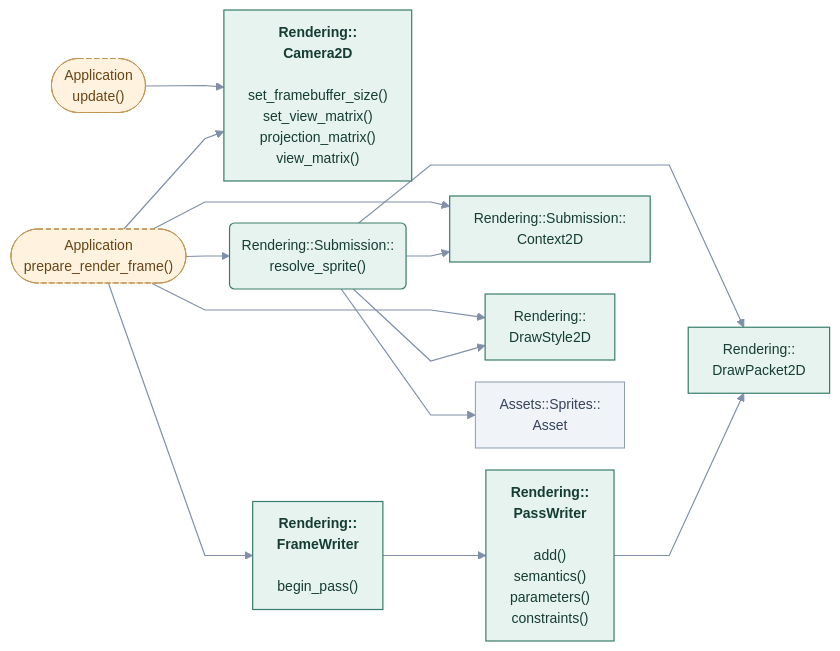
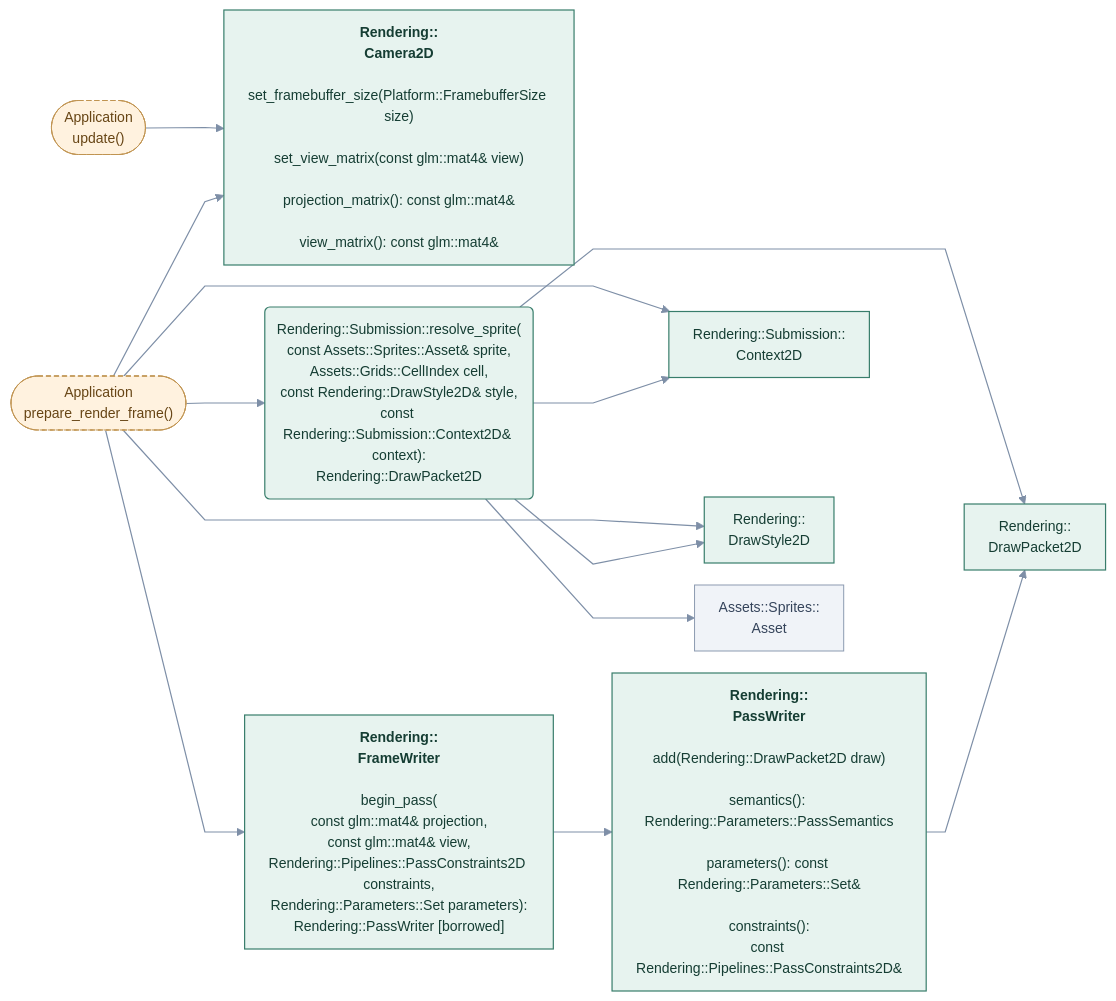
Before and after one commit to cppcooper/cheryl-engine: the diagram in docs/site/engine-systems/diagrams/rendering-application.mmd, drawn with Mermaid. The commit also changed 22 other files, not shown here.

First line of the commit message:
Adds argument and result types to application diagrams

```diff
--- a/docs/site/engine-systems/diagrams/rendering-application.mmd
+++ b/docs/site/engine-systems/diagrams/rendering-application.mmd
@@ -1,43 +1,43 @@
 ---
 config:
   theme: base
   themeVariables:
     fontFamily: system-ui, sans-serif
     fontSize: 14px
   flowchart:
     htmlLabels: true
     curve: linear
     nodeSpacing: 22
     rankSpacing: 38
     padding: 12
 ---
 flowchart LR
     accTitle: Rendering · application frame preparation
     accDescr: Arrows point toward the API or type used, not call order or data flow. Methods beneath type names are selected application entry points; Implement hooks marks engine-invoked overrides. Dashed arrows mark optional choices.
     k0(["Application<br/>update()"]):::app
-    k1["<b>Rendering::<br/>Camera2D</b><br/><br/>set_framebuffer_size()<br/>set_view_matrix()<br/>projection_matrix()<br/>view_matrix()"]:::focal
+    k1["<b>Rendering::<br/>Camera2D</b><br/><br/>set_framebuffer_size(Platform::FramebufferSize size)<br/><br/>set_view_matrix(const glm::mat4&amp; view)<br/><br/>projection_matrix(): const glm::mat4&amp;<br/><br/>view_matrix(): const glm::mat4&amp;"]:::focal
     k2(["Application<br/>prepare_render_frame()"]):::app
-    k3["<b>Rendering::<br/>FrameWriter</b><br/><br/>begin_pass()"]:::focal
-    k4["<b>Rendering::<br/>PassWriter</b><br/><br/>add()<br/>semantics()<br/>parameters()<br/>constraints()"]:::focal
+    k3["<b>Rendering::<br/>FrameWriter</b><br/><br/>begin_pass(<br/>const glm::mat4&amp; projection,<br/>const glm::mat4&amp; view,<br/>Rendering::Pipelines::PassConstraints2D constraints,<br/>Rendering::Parameters::Set parameters):<br/>Rendering::PassWriter [borrowed]"]:::focal
+    k4["<b>Rendering::<br/>PassWriter</b><br/><br/>add(Rendering::DrawPacket2D draw)<br/><br/>semantics(): Rendering::Parameters::PassSemantics<br/><br/>parameters(): const Rendering::Parameters::Set&amp;<br/><br/>constraints():<br/>const Rendering::Pipelines::PassConstraints2D&amp;"]:::focal
     k5["Rendering::Submission::<br/>Context2D"]:::focal
     k6["Rendering::<br/>DrawStyle2D"]:::focal
-    k7("Rendering::Submission::<br/>resolve_sprite()"):::focal
+    k7("Rendering::Submission::resolve_sprite(<br/>const Assets::Sprites::Asset&amp; sprite,<br/>Assets::Grids::CellIndex cell,<br/>const Rendering::DrawStyle2D&amp; style,<br/>const Rendering::Submission::Context2D&amp; context):<br/>Rendering::DrawPacket2D"):::focal
     k8["Assets::Sprites::<br/>Asset"]:::neighbor
     k9["Rendering::<br/>DrawPacket2D"]:::focal
     k0 --> k1
     k2 --> k1
     k2 --> k3
     k3 --> k4
     k2 --> k5
     k2 --> k6
     k2 --> k7
     k7 --> k8
     k7 --> k5
     k7 --> k6
     k7 --> k9
     k4 --> k9
     classDef focal fill:#e7f3ef,stroke:#387d6b,color:#153d33,stroke-width:1.2px
     classDef neighbor fill:#f0f3f8,stroke:#8c9bb1,color:#35445b,stroke-width:1px
     classDef app fill:#fff2df,stroke:#c09452,color:#674515,stroke-dasharray:5 3
     classDef system fill:#eaf0fc,stroke:#617fab,color:#263f69,stroke-width:1.2px
     linkStyle default stroke:#7e8fa7,stroke-width:1.2px
```
